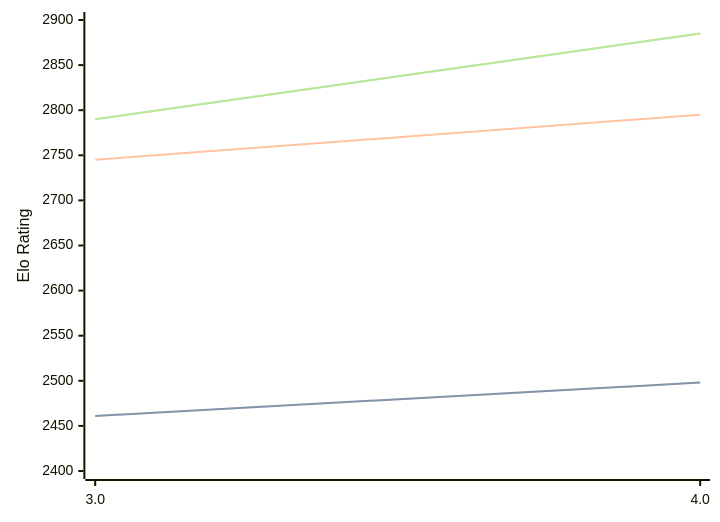
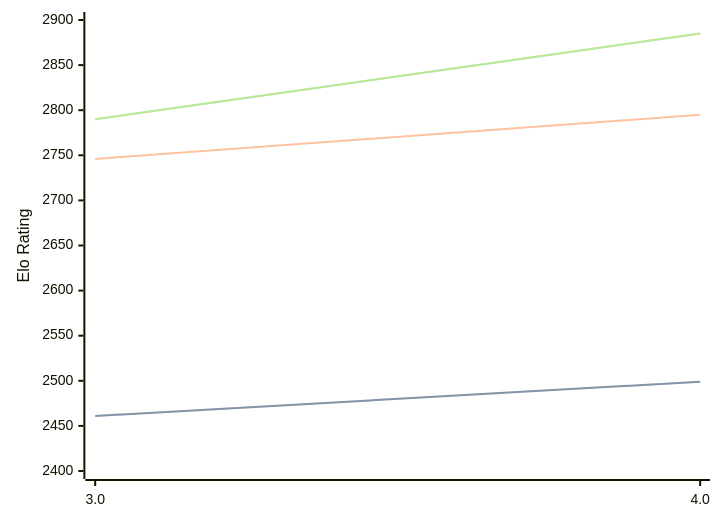
One commit to computer-chess-index/cci changed the first of 3 diagrams in engines/Chess3.md. Above: the diagram before and after it, drawn with Mermaid. The commit also changed other lines of this file, not shown here.

````diff
--- a/engines/Chess3.md
+++ b/engines/Chess3.md
@@ -34,11 +34,11 @@
 ```mermaid
 %%{init: {"theme":"base","themeVariables":{"seriesColors:['#a3a3a3','#222221','#faa371']}}}%%
 xychart-beta
   x-axis ["3.0", "4.0"]
   y-axis "Elo Rating" 2400 --> 2900
-  line "STC (8.0+0.08s)" [2461, 2498]
-  line "STC (8.0+0.08s)" [2461, 2498]
-  line "LTC (60.0+0.60s)" [2745, 2795]
+  line "STC (8.0+0.08s)" [2461, 2499]
+  line "STC (8.0+0.08s)" [2461, 2499]
+  line "LTC (60.0+0.60s)" [2746, 2795]
   line "VLTC (2m24s+1.12s)" [2790, 2885]
   line "VLTC (2m24s+1.12s)" [2790, 2885]
 ```
````
